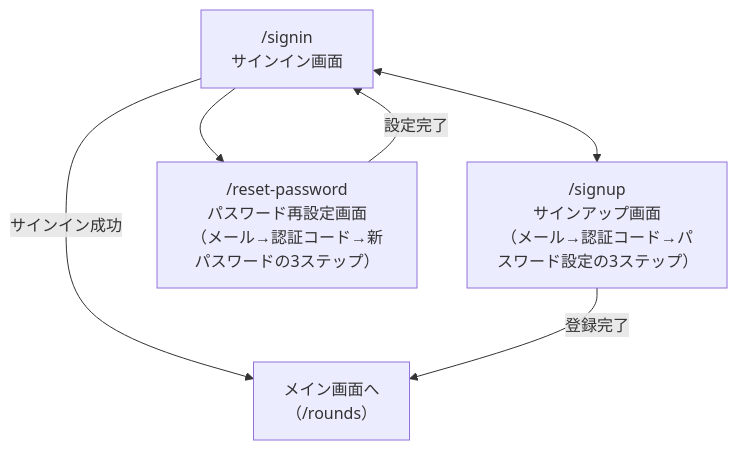
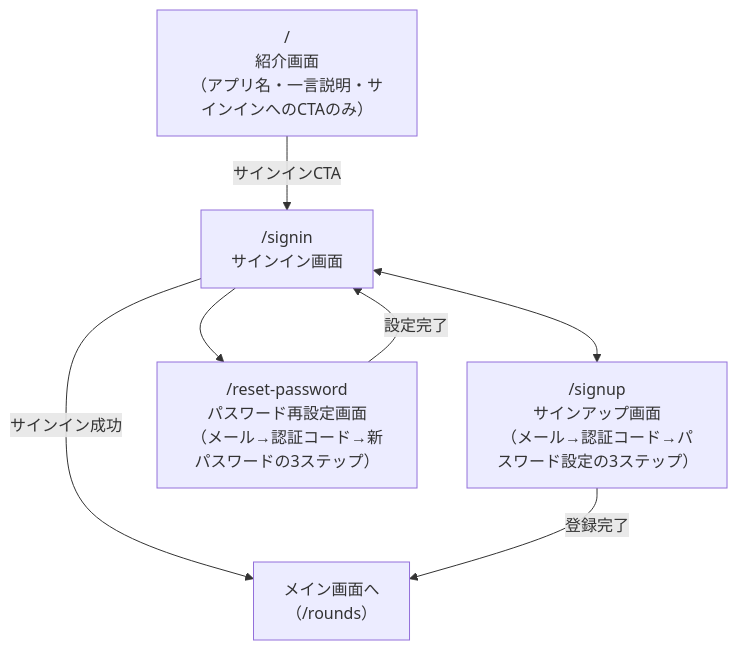
One commit to yukiyamasaki6/aims changed the first of 5 diagrams in docs/screen-flow.md. Above: the diagram before and after it, drawn with Mermaid. The commit also changed other lines of this file and 3 other files, not shown here.

````diff
--- a/docs/screen-flow.md
+++ b/docs/screen-flow.md
@@ -7,13 +7,15 @@
 ```mermaid
 flowchart TD
+    Landing["/<br/>紹介画面<br/>（アプリ名・一言説明・サインインへのCTAのみ）"]
     SignIn["/signin<br/>サインイン画面"]
     SignUp["/signup<br/>サインアップ画面<br/>（メール→認証コード→パスワード設定の3ステップ）"]
     ResetPass["/reset-password<br/>パスワード再設定画面<br/>（メール→認証コード→新パスワードの3ステップ）"]
     MainApp["メイン画面へ<br/>（/rounds）"]
 
+    Landing -->|サインインCTA| SignIn
     SignIn <--> SignUp
     SignIn --> ResetPass
     SignIn -->|サインイン成功| MainApp
     SignUp -->|登録完了| MainApp
     ResetPass -->|設定完了| SignIn
 ```
````
